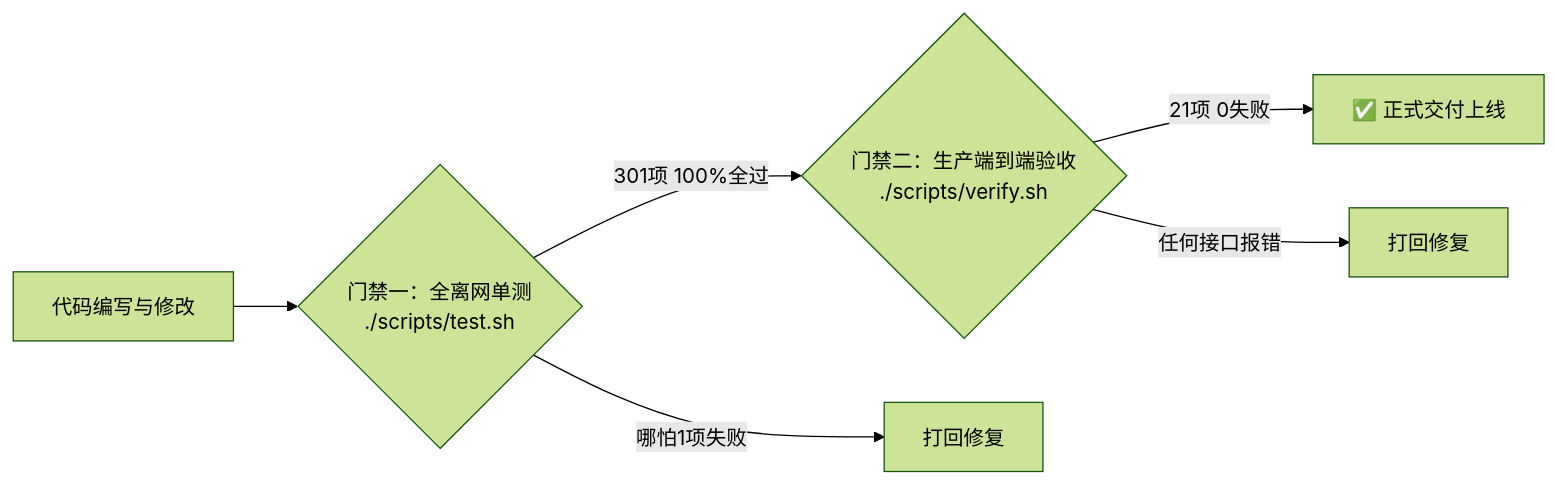
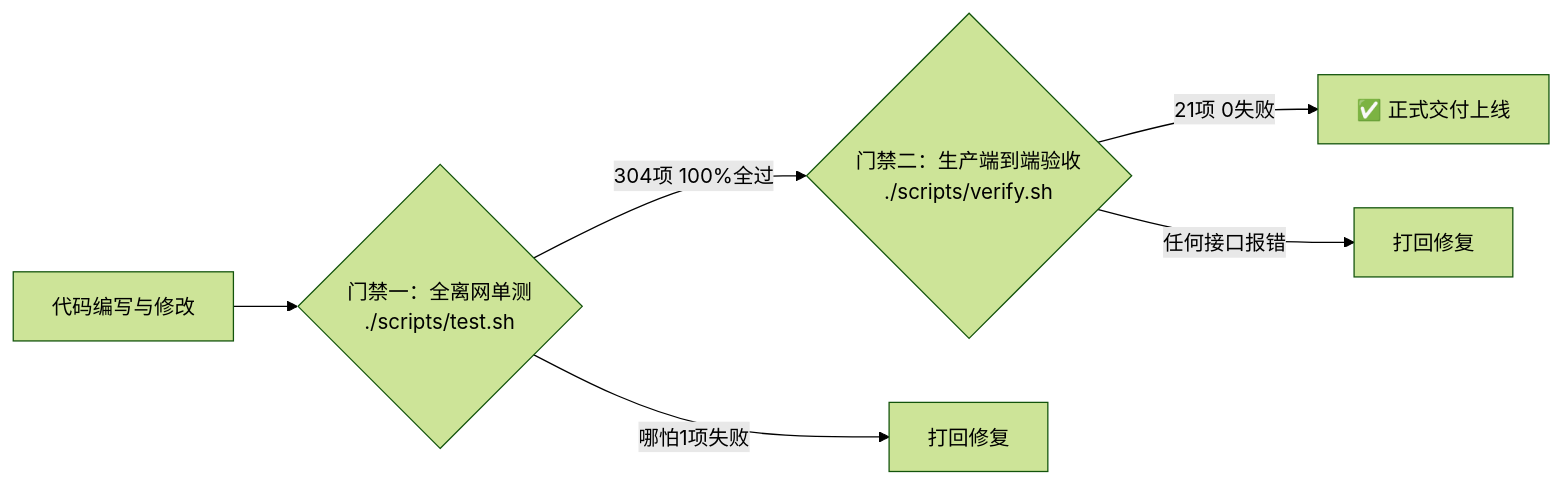
The diagram in docs/核心文档/04-工程规范与验收标准.md (AdgaiWalker/VPN-OwnLine), drawn with Mermaid (forest theme) before and after one commit. The commit also changed other lines of this file and 43 other files, not shown here.

Commit message:
docs: align specs to single-track architecture, RFC 5737 addresses, client matrix, and test metrics

````diff
--- a/docs/核心文档/04-工程规范与验收标准.md
+++ b/docs/核心文档/04-工程规范与验收标准.md
@@ -64,8 +73,8 @@
 ```mermaid
 flowchart LR
     Dev["代码编写与修改"] --> G1{"门禁一：全离网单测<br/>./scripts/test.sh"}
-    G1 -->|"301项 100%全过"| G2{"门禁二：生产端到端验收<br/>./scripts/verify.sh"}
+    G1 -->|"304项 100%全过"| G2{"门禁二：生产端到端验收<br/>./scripts/verify.sh"}
     G1 -->|"哪怕1项失败"| Reject1["打回修复"]
     G2 -->|"21项 0失败"| Done["✅ 正式交付上线"]
     G2 -->|"任何接口报错"| Reject2["打回修复"]
 ```
````
